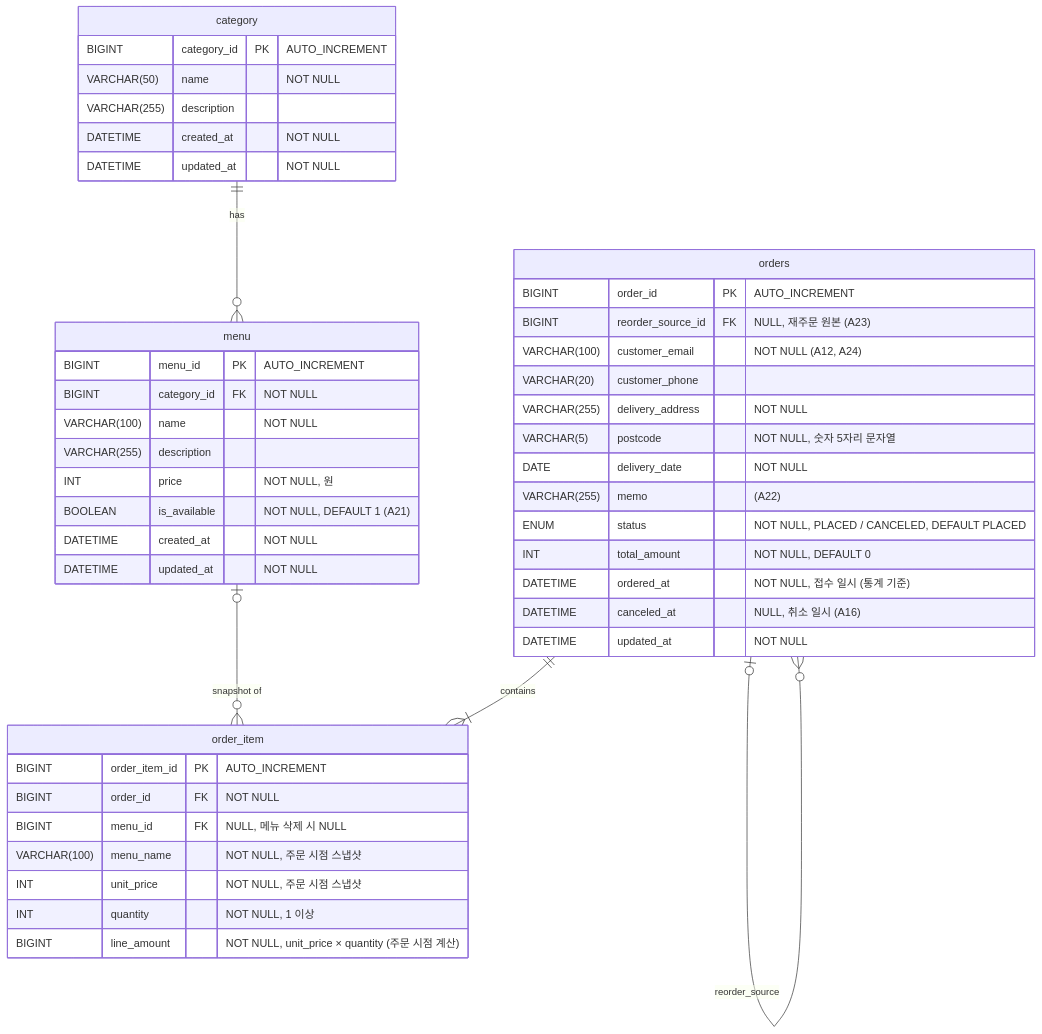
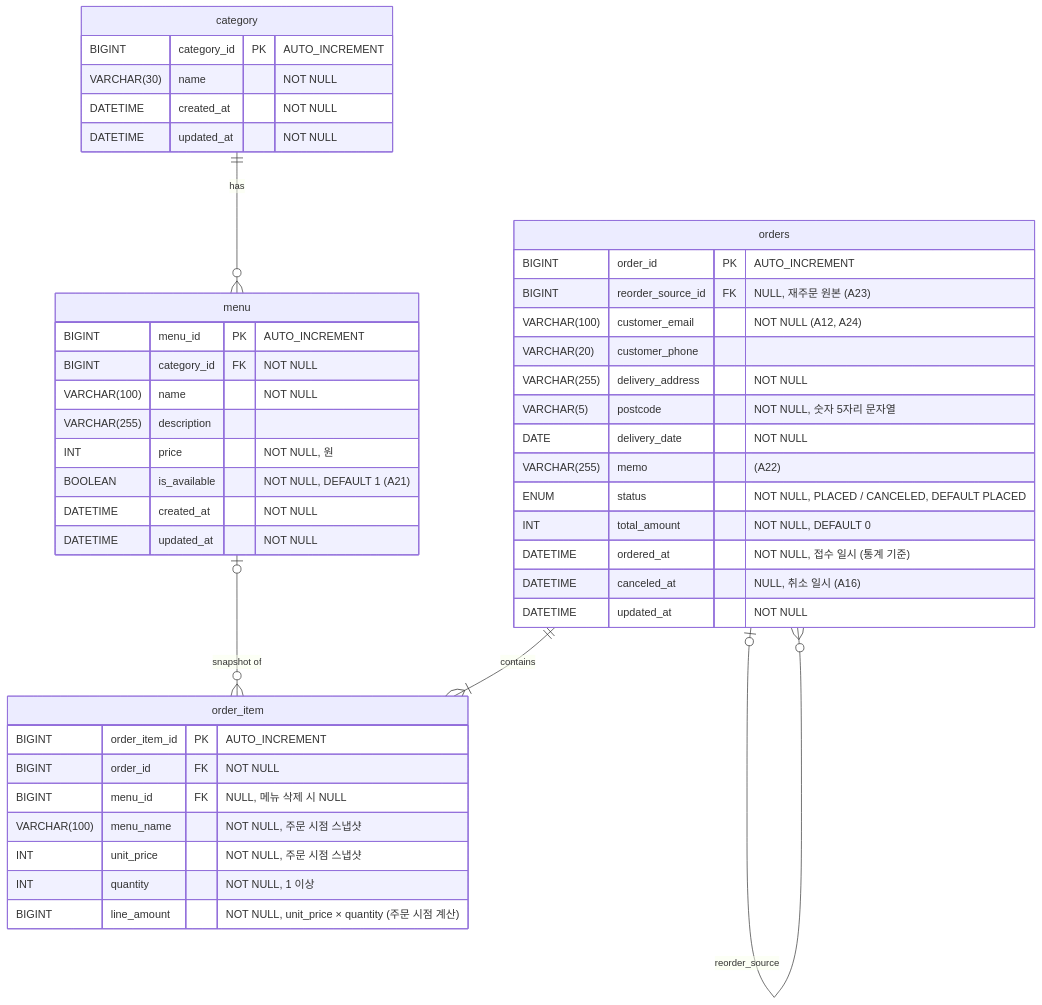
Before and after one commit to prgrms-be-devcourse/NBE13-15-1-team04: the diagram in docs/ERD.md, drawn with Mermaid. The commit also changed 2 other files, not shown here.

Commit message:
📝 ERD·api-check.http 를 Category 명세에 맞춰 갱신, trim 애노테이션 보류 항목 기록 (#44)

````diff
--- a/docs/ERD.md
+++ b/docs/ERD.md
@@ -5,52 +5,51 @@
 ```mermaid
 erDiagram
     category ||--o{ menu : "has"
     orders ||--|{ order_item : "contains"
     menu |o--o{ order_item : "snapshot of"
     orders |o--o{ orders : "reorder_source"
 
     category {
         BIGINT category_id PK "AUTO_INCREMENT"
-        VARCHAR(50) name "NOT NULL"
-        VARCHAR(255) description
+        VARCHAR(30) name "NOT NULL"
         DATETIME created_at "NOT NULL"
         DATETIME updated_at "NOT NULL"
     }
 
     menu {
         BIGINT menu_id PK "AUTO_INCREMENT"
         BIGINT category_id FK "NOT NULL"
         VARCHAR(100) name "NOT NULL"
         VARCHAR(255) description
         INT price "NOT NULL, 원"
         BOOLEAN is_available "NOT NULL, DEFAULT 1 (A21)"
         DATETIME created_at "NOT NULL"
         DATETIME updated_at "NOT NULL"
     }
 
     orders {
         BIGINT order_id PK "AUTO_INCREMENT"
         BIGINT reorder_source_id FK "NULL, 재주문 원본 (A23)"
         VARCHAR(100) customer_email "NOT NULL (A12, A24)"
         VARCHAR(20) customer_phone
         VARCHAR(255) delivery_address "NOT NULL"
         VARCHAR(5) postcode "NOT NULL, 숫자 5자리 문자열"
         DATE delivery_date "NOT NULL"
         VARCHAR(255) memo "(A22)"
         ENUM status "NOT NULL, PLACED / CANCELED, DEFAULT PLACED"
         INT total_amount "NOT NULL, DEFAULT 0"
         DATETIME ordered_at "NOT NULL, 접수 일시 (통계 기준)"
         DATETIME canceled_at "NULL, 취소 일시 (A16)"
         DATETIME updated_at "NOT NULL"
     }
 
     order_item {
         BIGINT order_item_id PK "AUTO_INCREMENT"
         BIGINT order_id FK "NOT NULL"
         BIGINT menu_id FK "NULL, 메뉴 삭제 시 NULL"
         VARCHAR(100) menu_name "NOT NULL, 주문 시점 스냅샷"
         INT unit_price "NOT NULL, 주문 시점 스냅샷"
         INT quantity "NOT NULL, 1 이상"
         BIGINT line_amount "NOT NULL, unit_price × quantity (주문 시점 계산)"
     }
 ```
````
